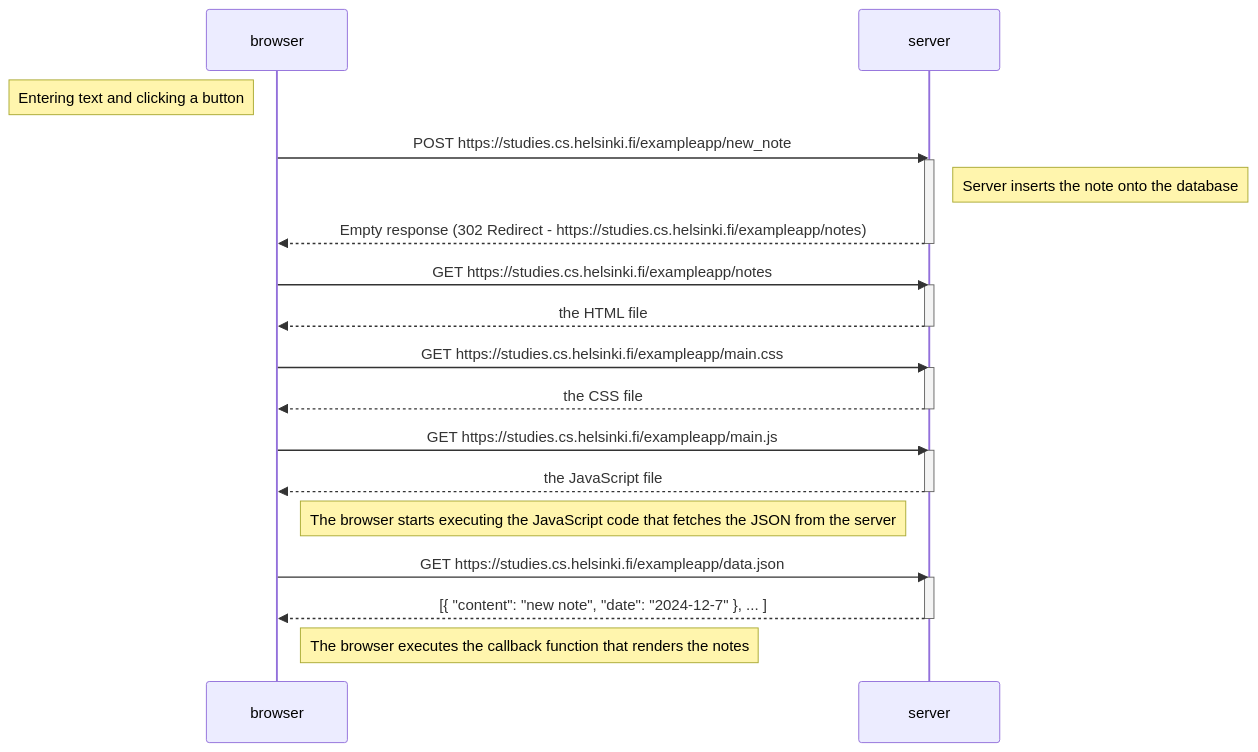
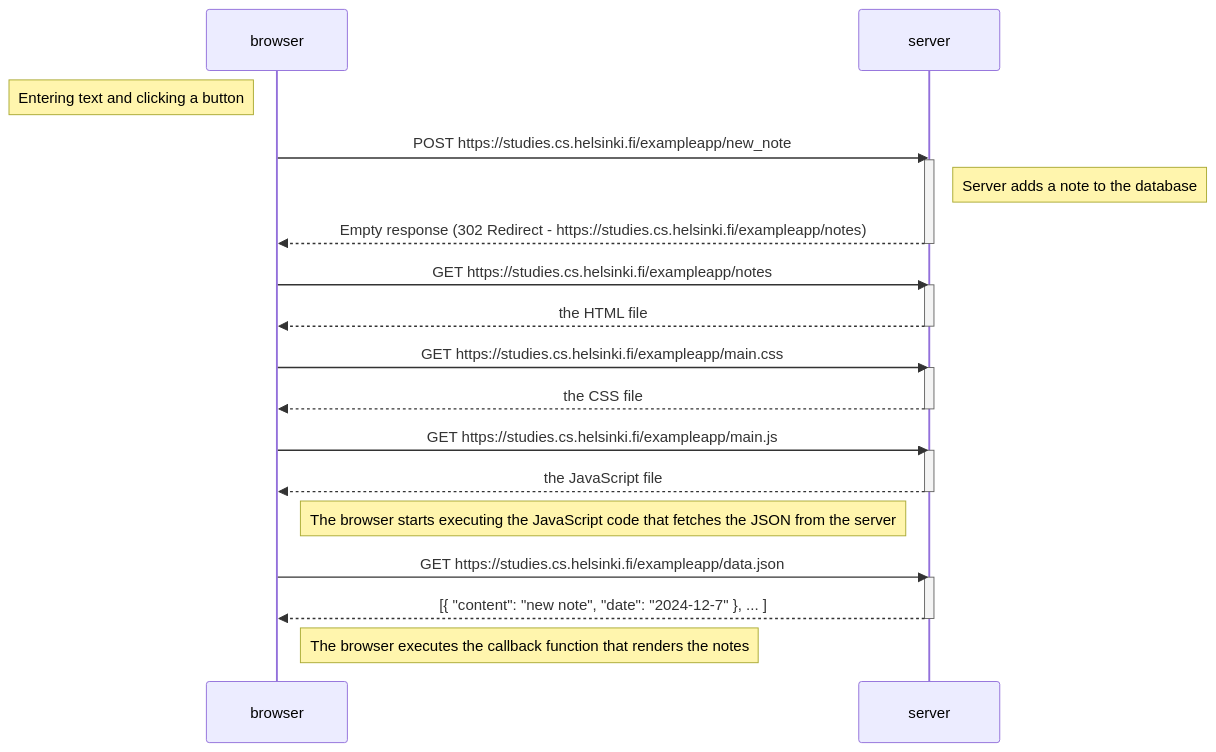
The diagram in part0/0.4 newnotediagram/diagram.md (Serhii-Dobrovolskyi/Full-Stack-course-exercises), drawn with Mermaid before and after one commit.

````diff
--- a/part0/0.4 newnotediagram/diagram.md
+++ b/part0/0.4 newnotediagram/diagram.md
@@ -1,39 +1,39 @@
 ```mermaid
 sequenceDiagram
     participant browser
     participant server
 
     Note left of browser: Entering text and clicking a button
 
     browser->>server: POST https://studies.cs.helsinki.fi/exampleapp/new_note
     activate server
 
-    Note right of server: Server inserts the note onto the database
+    Note right of server: Server adds a note to the database
 
     server-->>browser: Empty response (302 Redirect - https://studies.cs.helsinki.fi/exampleapp/notes)
     deactivate server
 
     browser->>server: GET https://studies.cs.helsinki.fi/exampleapp/notes
     activate server
     server-->>browser: the HTML file
     deactivate server
 
     browser->>server: GET https://studies.cs.helsinki.fi/exampleapp/main.css
     activate server
     server-->>browser: the CSS file
     deactivate server
 
     browser->>server: GET https://studies.cs.helsinki.fi/exampleapp/main.js
     activate server
     server-->>browser: the JavaScript file
     deactivate server
 
     Note right of browser: The browser starts executing the JavaScript code that fetches the JSON from the server
 
     browser->>server: GET https://studies.cs.helsinki.fi/exampleapp/data.json
     activate server
     server-->>browser: [{ "content": "new note", "date": "2024-12-7" }, ... ]
     deactivate server
 
     Note right of browser: The browser executes the callback function that renders the notes
 ```
````
